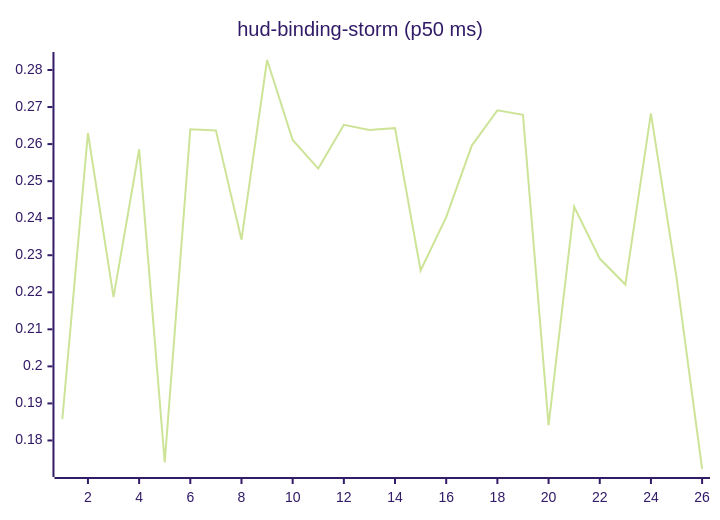
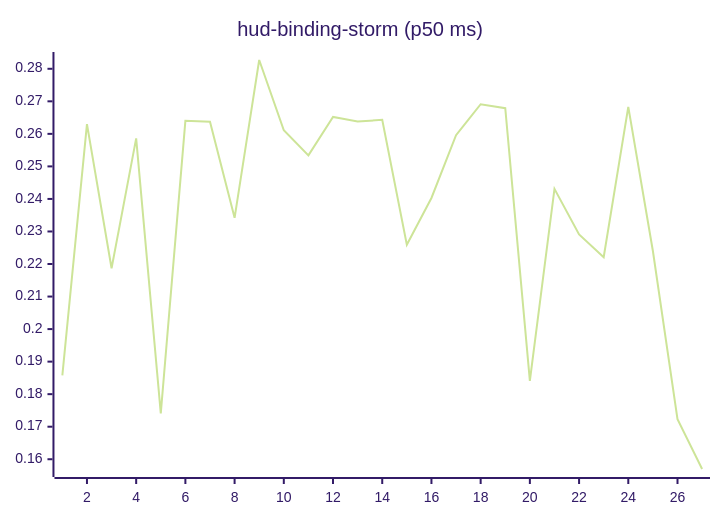
One commit to josha/Facet changed the tenth of 27 diagrams in README.md. Above: the diagram before and after it, drawn with Mermaid (forest theme). The commit also changed other lines of this file and 2 other files, not shown here.

````diff
--- a/README.md
+++ b/README.md
@@ -126,6 +126,6 @@
 ```mermaid
 xychart-beta
     title "hud-binding-storm (p50 ms)"
-    x-axis 1 --> 26
-    line [0.1858, 0.2630, 0.2187, 0.2586, 0.1741, 0.2640, 0.2637, 0.2342, 0.2827, 0.2611, 0.2534, 0.2652, 0.2638, 0.2643, 0.2259, 0.2403, 0.2596, 0.2691, 0.2679, 0.1841, 0.2431, 0.2291, 0.2221, 0.2683, 0.2240, 0.1723]
+    x-axis 1 --> 27
+    line [0.1858, 0.2630, 0.2187, 0.2586, 0.1741, 0.2640, 0.2637, 0.2342, 0.2827, 0.2611, 0.2534, 0.2652, 0.2638, 0.2643, 0.2259, 0.2403, 0.2596, 0.2691, 0.2679, 0.1841, 0.2431, 0.2291, 0.2221, 0.2683, 0.2240, 0.1723, 0.1570]
 ```
````
